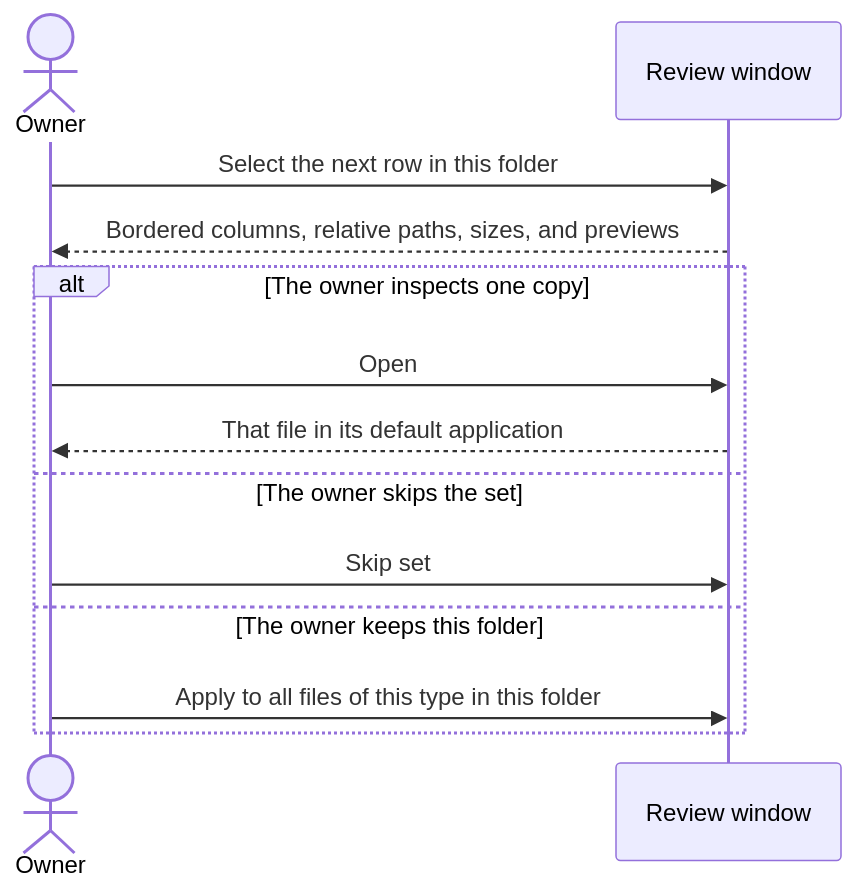
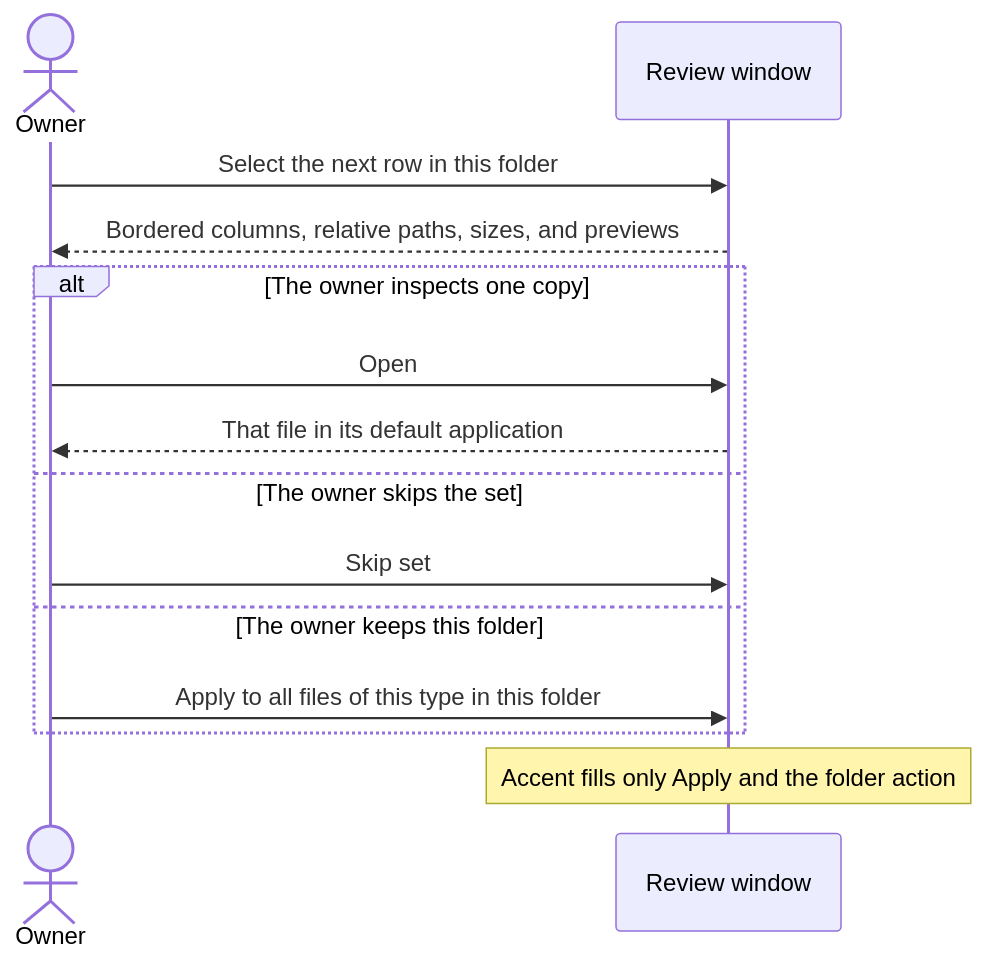
The fourth of 9 diagrams in docs/architecture.md (cionz0/hdsort), drawn with Mermaid before and after one commit. The commit also changed other lines of this file and 10 other files, not shown here.

Commit message:
Quiet the window colors so only Apply uses the accent.

````diff
--- a/docs/architecture.md
+++ b/docs/architecture.md
@@ -93,15 +93,16 @@
 ```mermaid
 sequenceDiagram
   actor Owner
   participant Window as Review window
   Owner->>Window: Select the next row in this folder
   Window-->>Owner: Bordered columns, relative paths, sizes, and previews
   alt The owner inspects one copy
     Owner->>Window: Open
     Window-->>Owner: That file in its default application
   else The owner skips the set
     Owner->>Window: Skip set
   else The owner keeps this folder
     Owner->>Window: Apply to all files of this type in this folder
   end
+  Note over Window: Accent fills only Apply and the folder action
 ```
````
